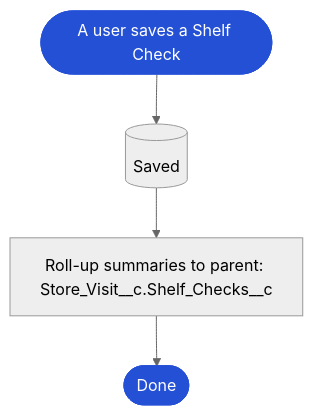
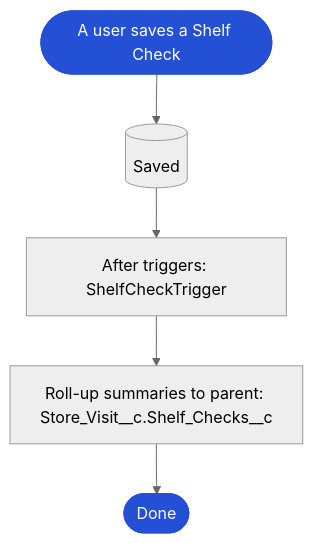
The eighth of 15 diagrams in adlc/1-discover/assessment/discovery-report.md (himantgupta-alt/crm-genie), drawn with Mermaid (neutral theme) before and after one commit. The commit also changed other lines of this file and 21 other files, not shown here.

````diff
--- a/adlc/1-discover/assessment/discovery-report.md
+++ b/adlc/1-discover/assessment/discovery-report.md
@@ -971,11 +1137,13 @@
 ```mermaid
 flowchart TD
   u(["A user saves a Shelf Check"]):::start
   s3[("Saved")]
   u --> s3
+  s4["After triggers: ShelfCheckTrigger"]
+  s3 --> s4
   s7["Roll-up summaries to parent: Store_Visit__c.Shelf_Checks__c"]
-  s3 --> s7
+  s4 --> s7
   s7 --> done(["Done"]):::start
   classDef start fill:#2450D6,color:#fff,stroke:#2450D6
   classDef stop fill:#FDE7E5,color:#B42318,stroke:#B42318
 ```
````
